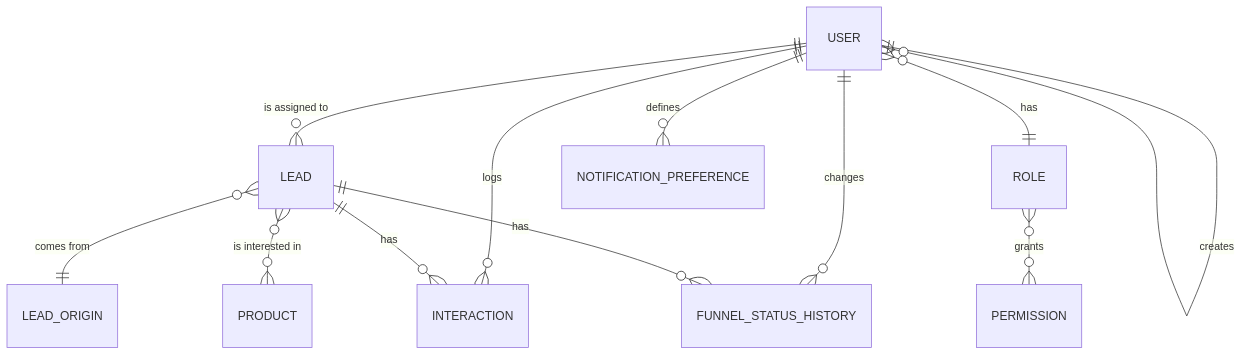
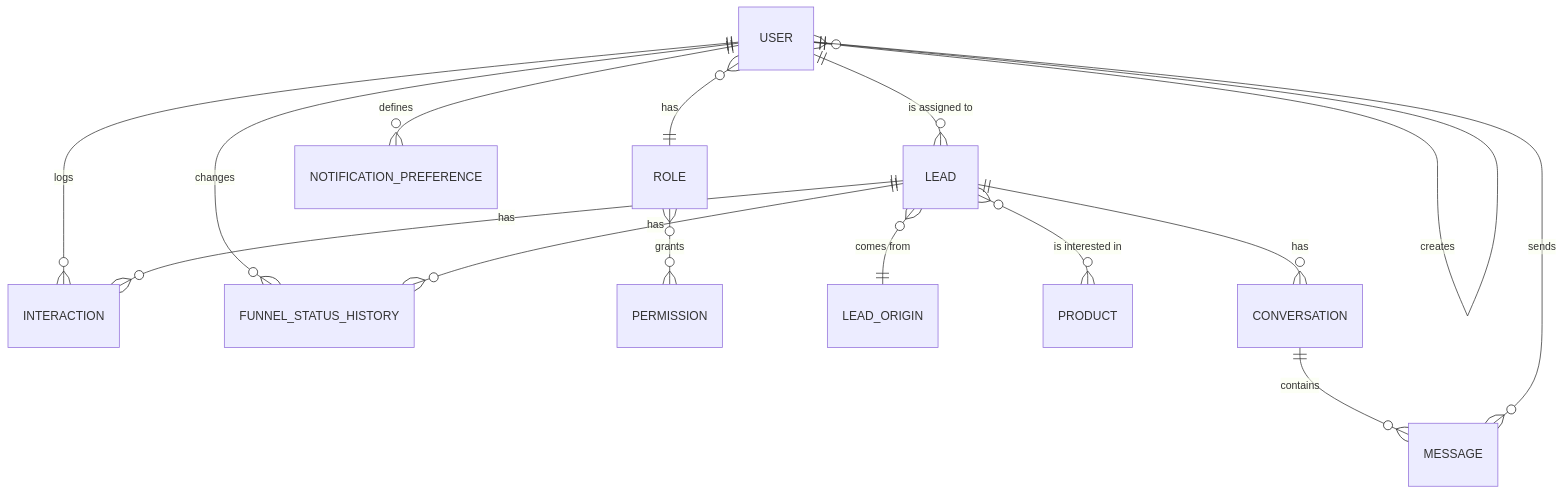
The diagram in 03-entidades.md (indianous/lead-system), drawn with Mermaid before and after one commit. The commit also changed other lines of this file and 3 other files, not shown here.

````diff
--- a/03-entidades.md
+++ b/03-entidades.md
@@ -9,14 +9,17 @@
 ```mermaid
 erDiagram
     USER ||--o{ LEAD : "is assigned to"
     USER ||--o{ USER : "creates"
     USER }o--|| ROLE : "has"
     USER ||--o{ NOTIFICATION_PREFERENCE : "defines"
     USER ||--o{ INTERACTION : "logs"
     USER ||--o{ FUNNEL_STATUS_HISTORY : "changes"
     ROLE }o--o{ PERMISSION : "grants"
     LEAD }o--|| LEAD_ORIGIN : "comes from"
     LEAD }o--o{ PRODUCT : "is interested in"
     LEAD ||--o{ INTERACTION : "has"
     LEAD ||--o{ FUNNEL_STATUS_HISTORY : "has"
+    LEAD ||--o{ CONVERSATION : "has"
+    CONVERSATION ||--o{ MESSAGE : "contains"
+    USER ||--o{ MESSAGE : "sends"
 ```
````
